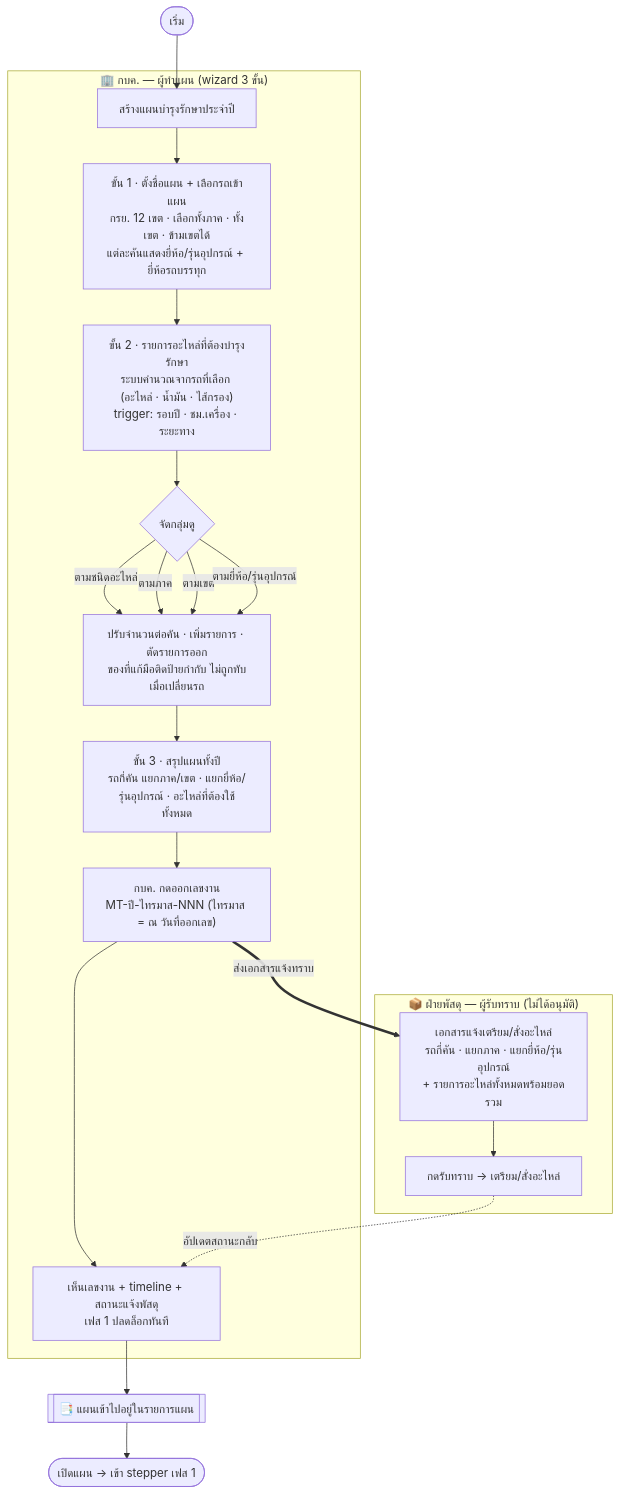
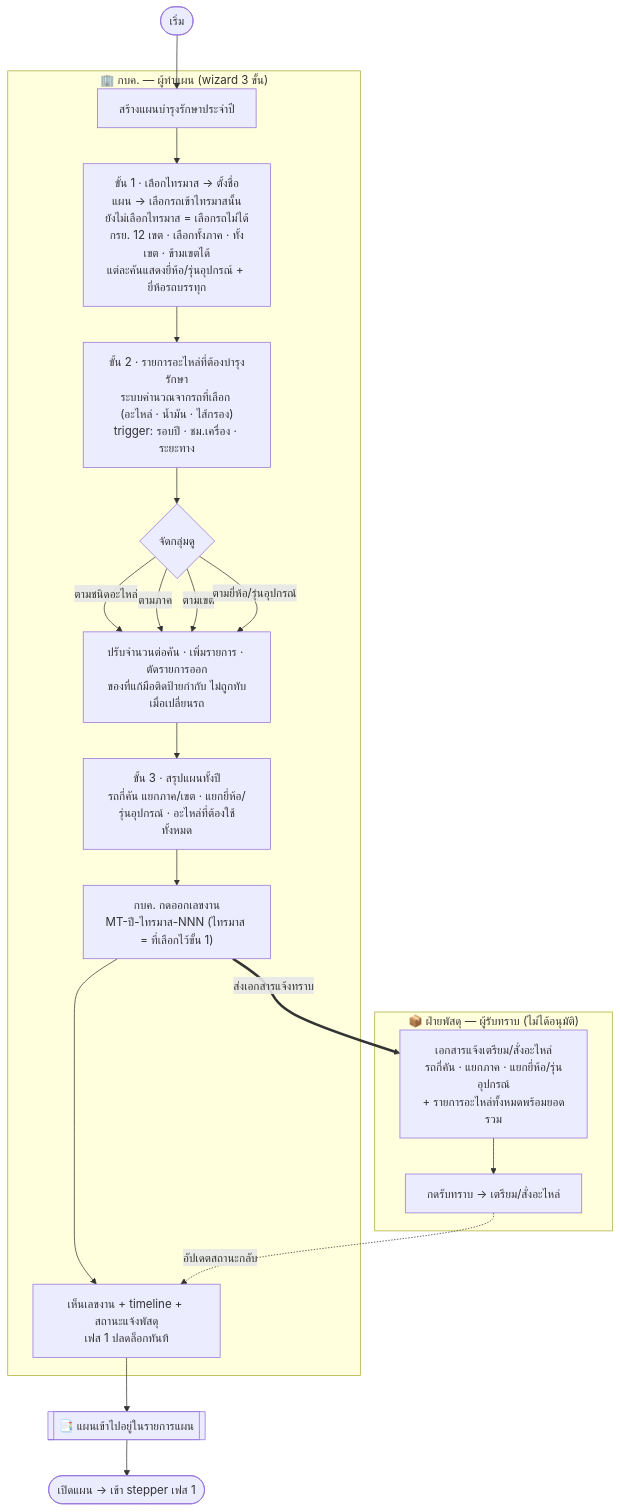
Before and after one commit to anugmail/Maintenance-Request-Form: the diagram in Diagram/01-บำรุงรักษาตามวาระ/01-ออกเลขงาน.md, drawn with Mermaid. The commit also changed other lines of this file and 5 other files, not shown here.

First line of the commit message:
feat(บำรุงรักษา): เลือกไทรมาสก่อน แล้วจึงเลือกรถเข้าไทรมาสนั้น

````diff
--- a/Diagram/01-บำรุงรักษาตามวาระ/01-ออกเลขงาน.md
+++ b/Diagram/01-บำรุงรักษาตามวาระ/01-ออกเลขงาน.md
@@ -14,31 +15,31 @@
 ```mermaid
 flowchart TB
     S([เริ่ม])
 
     subgraph KBK["🏢 กบค. — ผู้ทำแผน (wizard 3 ขั้น)"]
         A[สร้างแผนบำรุงรักษาประจำปี]
-        A --> B["ขั้น 1 · ตั้งชื่อแผน + เลือกรถเข้าแผน<br/>กรย. 12 เขต · เลือกทั้งภาค · ทั้งเขต · ข้ามเขตได้<br/>แต่ละคันแสดงยี่ห้อ/รุ่นอุปกรณ์ + ยี่ห้อรถบรรทุก"]
+        A --> B["ขั้น 1 · เลือกไทรมาส → ตั้งชื่อแผน → เลือกรถเข้าไทรมาสนั้น<br/>ยังไม่เลือกไทรมาส = เลือกรถไม่ได้<br/>กรย. 12 เขต · เลือกทั้งภาค · ทั้งเขต · ข้ามเขตได้<br/>แต่ละคันแสดงยี่ห้อ/รุ่นอุปกรณ์ + ยี่ห้อรถบรรทุก"]
         B --> C["ขั้น 2 · รายการอะไหล่ที่ต้องบำรุงรักษา<br/>ระบบคำนวณจากรถที่เลือก (อะไหล่ · น้ำมัน · ไส้กรอง)<br/>trigger: รอบปี · ชม.เครื่อง · ระยะทาง"]
         C --> C2{"จัดกลุ่มดู"}
         C2 -->|ตามชนิดอะไหล่| C3
         C2 -->|ตามภาค| C3
         C2 -->|ตามเขต| C3
         C2 -->|ตามยี่ห้อ/รุ่นอุปกรณ์| C3
         C3["ปรับจำนวนต่อคัน · เพิ่มรายการ · ตัดรายการออก<br/>ของที่แก้มือติดป้ายกำกับ ไม่ถูกทับเมื่อเปลี่ยนรถ"]
         C3 --> D["ขั้น 3 · สรุปแผนทั้งปี<br/>รถกี่คัน แยกภาค/เขต · แยกยี่ห้อ/รุ่นอุปกรณ์ · อะไหล่ที่ต้องใช้ทั้งหมด"]
-        D --> E["กบค. กดออกเลขงาน<br/>MT-ปี-ไทรมาส-NNN (ไทรมาส = ณ วันที่ออกเลข)"]
+        D --> E["กบค. กดออกเลขงาน<br/>MT-ปี-ไทรมาส-NNN (ไทรมาส = ที่เลือกไว้ขั้น 1)"]
         E --> J[เห็นเลขงาน + timeline + สถานะแจ้งพัสดุ<br/>เฟส 1 ปลดล็อกทันที]
     end
 
     subgraph PSD["📦 ฝ่ายพัสดุ — ผู้รับทราบ (ไม่ได้อนุมัติ)"]
         F["เอกสารแจ้งเตรียม/สั่งอะไหล่<br/>รถกี่คัน · แยกภาค · แยกยี่ห้อ/รุ่นอุปกรณ์<br/>+ รายการอะไหล่ทั้งหมดพร้อมยอดรวม"]
         G[กดรับทราบ → เตรียม/สั่งอะไหล่]
         F --> G
     end
 
     S --> A
     E ==>|ส่งเอกสารแจ้งทราบ| F
     G -. อัปเดตสถานะกลับ .-> J
     J --> L[["📑 แผนเข้าไปอยู่ในรายการแผน"]]
     L --> Z(["เปิดแผน → เข้า stepper เฟส 1"])
 ```
````
